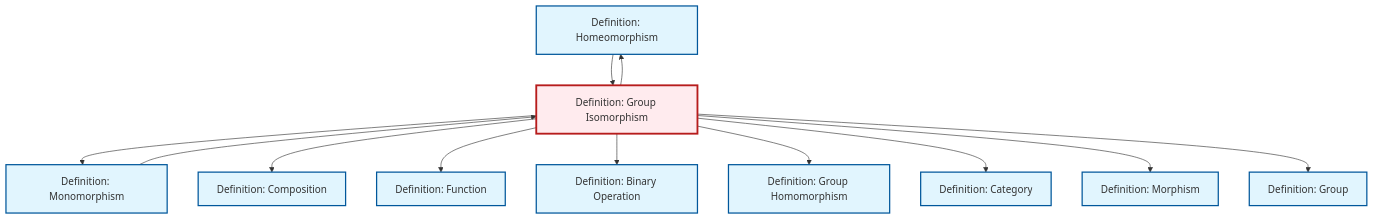
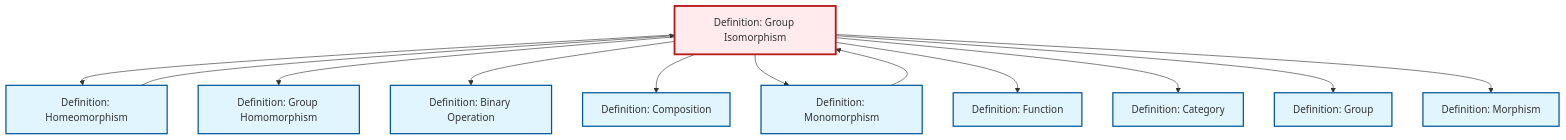
The diagram in content/ja/algebra/def-isomorphism.qmd (RK0429/ModernMath), drawn with Mermaid before and after one commit. The commit also changed other lines of this file and 654 other files, not shown here.

````diff
--- a/content/ja/algebra/def-isomorphism.qmd
+++ b/content/ja/algebra/def-isomorphism.qmd
@@ -114,40 +114,40 @@
 ```{mermaid}
 %%| fig-cap: "Local dependency graph"
 graph TD
     classDef definition fill:#e1f5fe,stroke:#01579b,stroke-width:2px
     classDef theorem fill:#f3e5f5,stroke:#4a148c,stroke-width:2px
     classDef axiom fill:#fff3e0,stroke:#e65100,stroke-width:2px
     classDef example fill:#e8f5e9,stroke:#1b5e20,stroke-width:2px
     classDef current fill:#ffebee,stroke:#b71c1c,stroke-width:3px
-    def-category["Definition: Category"]:::definition
+    def-isomorphism["Definition: Group Isomorphism"]:::definition
     def-group["Definition: Group"]:::definition
-    def-composition["Definition: Composition"]:::definition
+    def-homeomorphism["Definition: Homeomorphism"]:::definition
     def-binary-operation["Definition: Binary Operation"]:::definition
-    def-homeomorphism["Definition: Homeomorphism"]:::definition
-    def-monomorphism["Definition: Monomorphism"]:::definition
-    def-isomorphism["Definition: Group Isomorphism"]:::definition
     def-function["Definition: Function"]:::definition
     def-morphism["Definition: Morphism"]:::definition
+    def-category["Definition: Category"]:::definition
     def-homomorphism["Definition: Group Homomorphism"]:::definition
+    def-composition["Definition: Composition"]:::definition
+    def-monomorphism["Definition: Monomorphism"]:::definition
+    def-isomorphism --> def-homeomorphism
+    def-homeomorphism --> def-isomorphism
+    def-isomorphism --> def-homomorphism
+    def-isomorphism --> def-binary-operation
+    def-isomorphism --> def-composition
     def-isomorphism --> def-monomorphism
-    def-isomorphism --> def-composition
-    def-isomorphism --> def-homeomorphism
     def-isomorphism --> def-function
-    def-isomorphism --> def-binary-operation
-    def-isomorphism --> def-homomorphism
     def-isomorphism --> def-category
+    def-isomorphism --> def-group
+    def-monomorphism --> def-isomorphism
     def-isomorphism --> def-morphism
-    def-monomorphism --> def-isomorphism
-    def-isomorphism --> def-group
-    def-homeomorphism --> def-isomorphism
     class def-isomorphism current
-    click def-category "def-category.html" "Definition: Categoryへ"
     click def-group "def-group.html" "Definition: Groupへ"
-    click def-composition "def-composition.html" "Definition: Compositionへ"
+    click def-homeomorphism "def-homeomorphism.html" "Definition: Homeomorphismへ"
     click def-binary-operation "def-binary-operation.html" "Definition: Binary Operationへ"
-    click def-homeomorphism "def-homeomorphism.html" "Definition: Homeomorphismへ"
-    click def-monomorphism "def-monomorphism.html" "Definition: Monomorphismへ"
     click def-function "def-function.html" "Definition: Functionへ"
     click def-morphism "def-morphism.html" "Definition: Morphismへ"
+    click def-category "def-category.html" "Definition: Categoryへ"
     click def-homomorphism "def-homomorphism.html" "Definition: Group Homomorphismへ"
+    click def-composition "def-composition.html" "Definition: Compositionへ"
+    click def-monomorphism "def-monomorphism.html" "Definition: Monomorphismへ"
 ```
````
